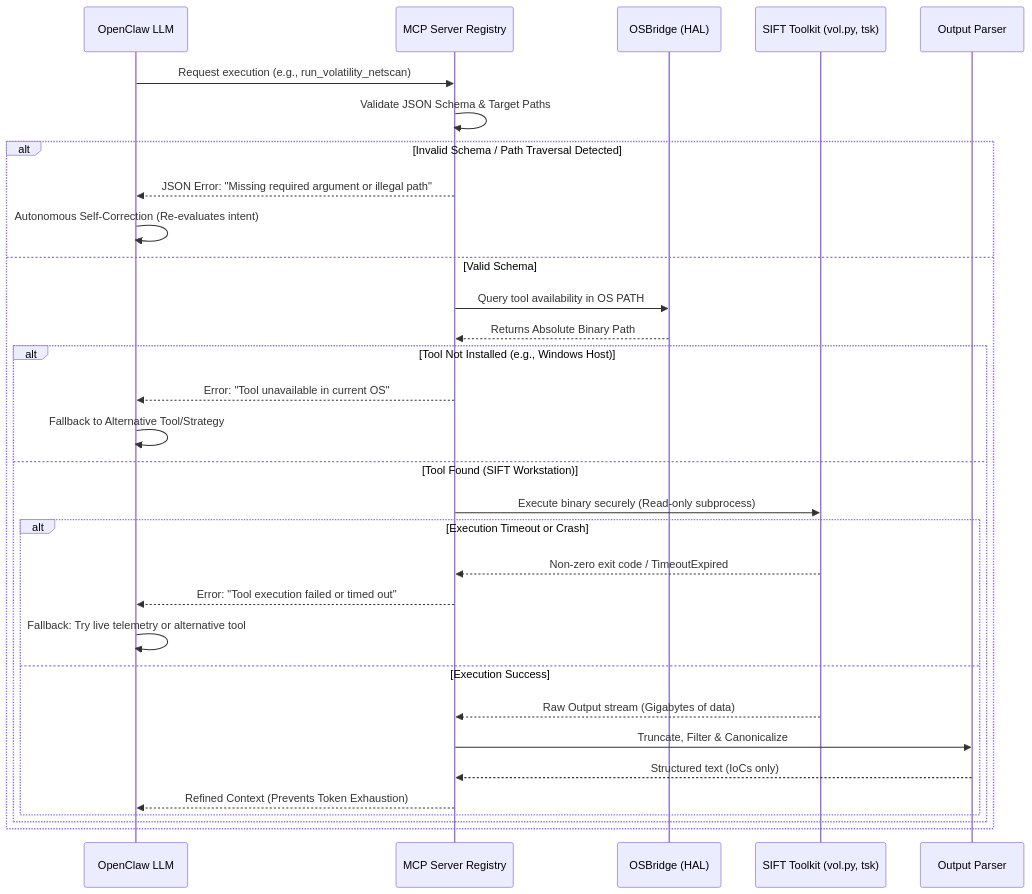
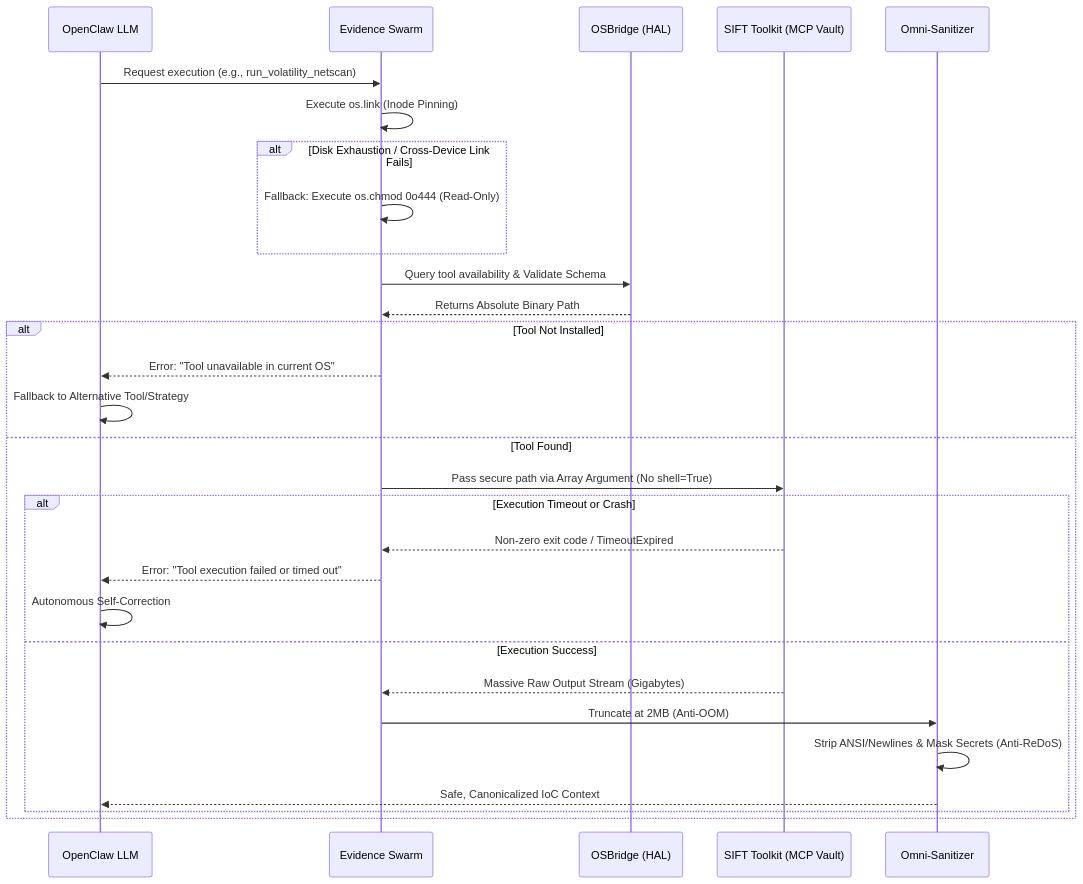
The second of 4 diagrams in README.md (ArcVielLouvent/yomi-triage-system), drawn with Mermaid before and after one commit. The commit also changed other lines of this file, not shown here.

Commit message:
docs(readme): non-destructive surgical update of system architecture and feature list

````diff
--- a/README.md
+++ b/README.md
@@ -129,38 +141,37 @@
 ```mermaid
 sequenceDiagram;
     participant LLM as OpenClaw LLM
-    participant MCP as MCP Server Registry
+    participant Swarm as Evidence Swarm
     participant Bridge as OSBridge (HAL)
-    participant SIFT as SIFT Toolkit (vol.py, tsk)
-    participant Parser as Output Parser
+    participant SIFT as SIFT Toolkit (MCP Vault)
+    participant Parser as Omni-Sanitizer
 
-    LLM->>MCP: Request execution (e.g., run_volatility_netscan)
-    MCP->>MCP: Validate JSON Schema & Target Paths
+    LLM->>Swarm: Request execution (e.g., run_volatility_netscan)
+    Swarm->>Swarm: Execute os.link (Inode Pinning)
 
-    alt Invalid Schema / Path Traversal Detected
-        MCP-->>LLM: JSON Error: "Missing required argument or illegal path"
-        LLM->>LLM: Autonomous Self-Correction (Re-evaluates intent)
-    else Valid Schema
-        MCP->>Bridge: Query tool availability in OS PATH
-        Bridge-->>MCP: Returns Absolute Binary Path
+    alt Disk Exhaustion / Cross-Device Link Fails
+        Swarm->>Swarm: Fallback: Execute os.chmod 0o444 (Read-Only)
+    end
 
-        alt Tool Not Installed (e.g., Windows Host)
-            MCP-->>LLM: Error: "Tool unavailable in current OS"
-            LLM->>LLM: Fallback to Alternative Tool/Strategy
-        else Tool Found (SIFT Workstation)
-            MCP->>SIFT: Execute binary securely (Read-only subprocess)
+    Swarm->>Bridge: Query tool availability & Validate Schema
+    Bridge-->>Swarm: Returns Absolute Binary Path
 
-            alt Execution Timeout or Crash
-                SIFT-->>MCP: Non-zero exit code / TimeoutExpired
-                MCP-->>LLM: Error: "Tool execution failed or timed out"
-                LLM->>LLM: Fallback: Try live telemetry or alternative tool
-            else Execution Success
-                SIFT-->>MCP: Raw Output stream (Gigabytes of data)
-                MCP->>Parser: Truncate, Filter & Canonicalize
-                Parser-->>MCP: Structured text (IoCs only)
-                MCP-->>LLM: Refined Context (Prevents Token Exhaustion)
-            end
+    alt Tool Not Installed
+        Swarm-->>LLM: Error: "Tool unavailable in current OS"
+        LLM->>LLM: Fallback to Alternative Tool/Strategy
+    else Tool Found
+        Swarm->>SIFT: Pass secure path via Array Argument (No shell=True)
+
+        alt Execution Timeout or Crash
+            SIFT-->>Swarm: Non-zero exit code / TimeoutExpired
+            Swarm-->>LLM: Error: "Tool execution failed or timed out"
+            LLM->>LLM: Autonomous Self-Correction
+        else Execution Success
+            SIFT-->>Swarm: Massive Raw Output Stream (Gigabytes)
+            Swarm->>Parser: Truncate at 2MB (Anti-OOM)
+            Parser->>Parser: Strip ANSI/Newlines & Mask Secrets (Anti-ReDoS)
+            Parser-->>LLM: Safe, Canonicalized IoC Context
         end
     end
 
 ```
````
